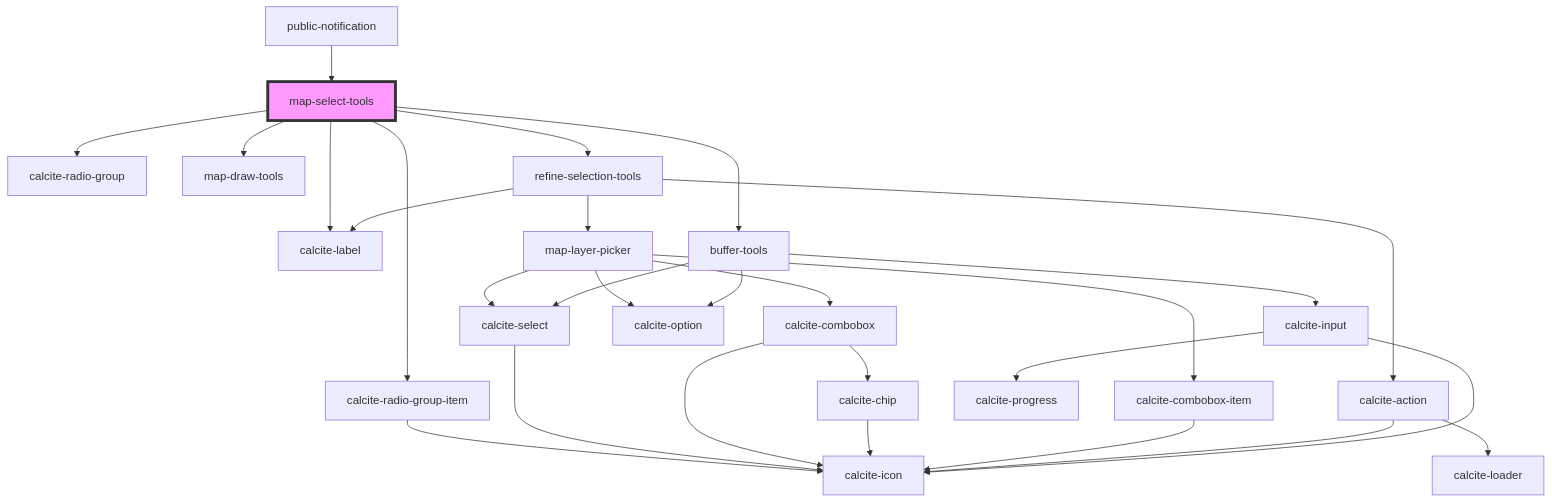
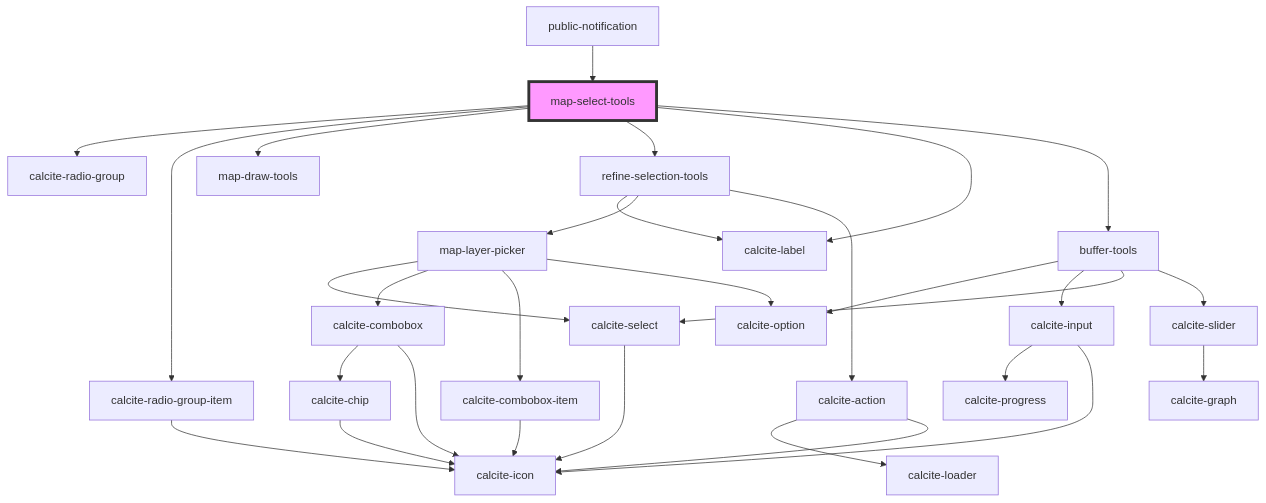
One commit to Esri/solutions-components changed the diagram in src/components/map-select-tools/readme.md. Above: the diagram before and after it, drawn with Mermaid. The commit also changed 8 other files, not shown here.

Commit message:
update buffer to support slider display

````diff
--- a/src/components/map-select-tools/readme.md
+++ b/src/components/map-select-tools/readme.md
@@ -96,31 +96,33 @@
 ```mermaid
 graph TD;
   map-select-tools --> calcite-radio-group
   map-select-tools --> calcite-radio-group-item
   map-select-tools --> map-draw-tools
   map-select-tools --> refine-selection-tools
   map-select-tools --> calcite-label
   map-select-tools --> buffer-tools
   calcite-radio-group-item --> calcite-icon
   refine-selection-tools --> calcite-label
   refine-selection-tools --> map-layer-picker
   refine-selection-tools --> calcite-action
   map-layer-picker --> calcite-select
   map-layer-picker --> calcite-combobox
   map-layer-picker --> calcite-combobox-item
   map-layer-picker --> calcite-option
   calcite-select --> calcite-icon
   calcite-combobox --> calcite-chip
   calcite-combobox --> calcite-icon
   calcite-chip --> calcite-icon
   calcite-combobox-item --> calcite-icon
   calcite-action --> calcite-loader
   calcite-action --> calcite-icon
+  buffer-tools --> calcite-option
   buffer-tools --> calcite-input
   buffer-tools --> calcite-select
-  buffer-tools --> calcite-option
+  buffer-tools --> calcite-slider
   calcite-input --> calcite-progress
   calcite-input --> calcite-icon
+  calcite-slider --> calcite-graph
   public-notification --> map-select-tools
   style map-select-tools fill:#f9f,stroke:#333,stroke-width:4px
 ```
````
